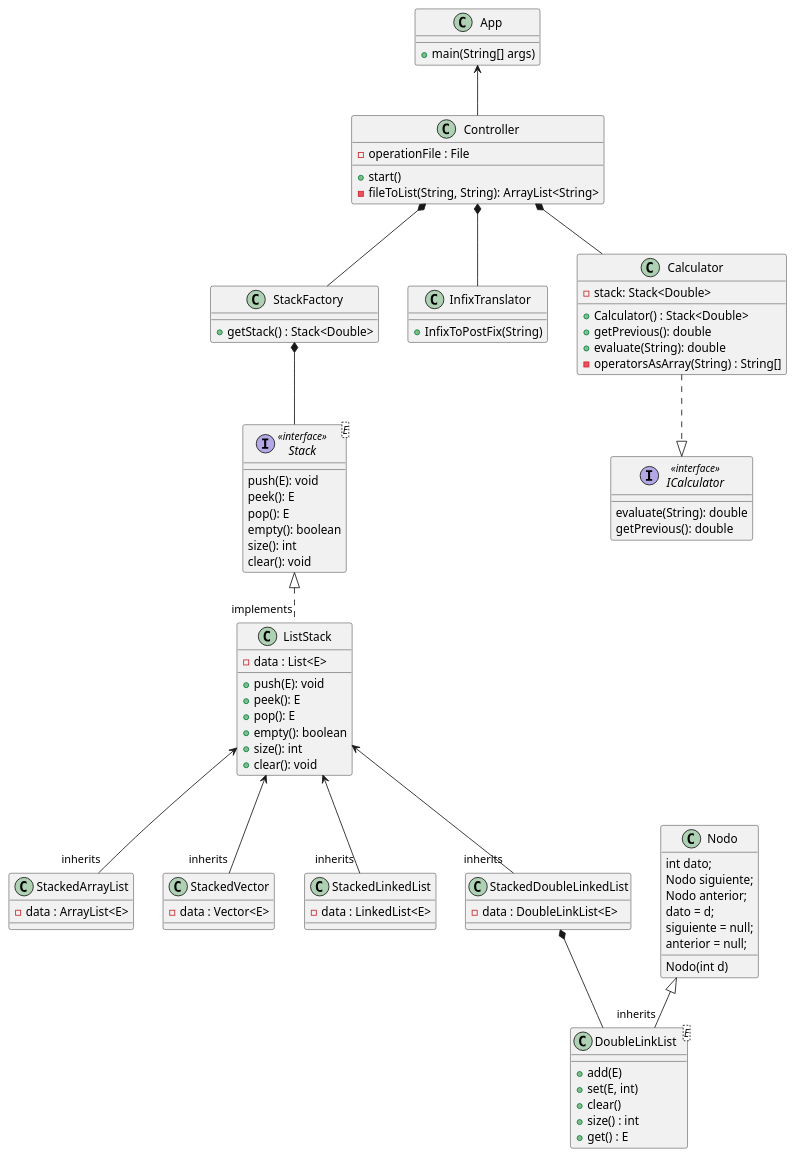
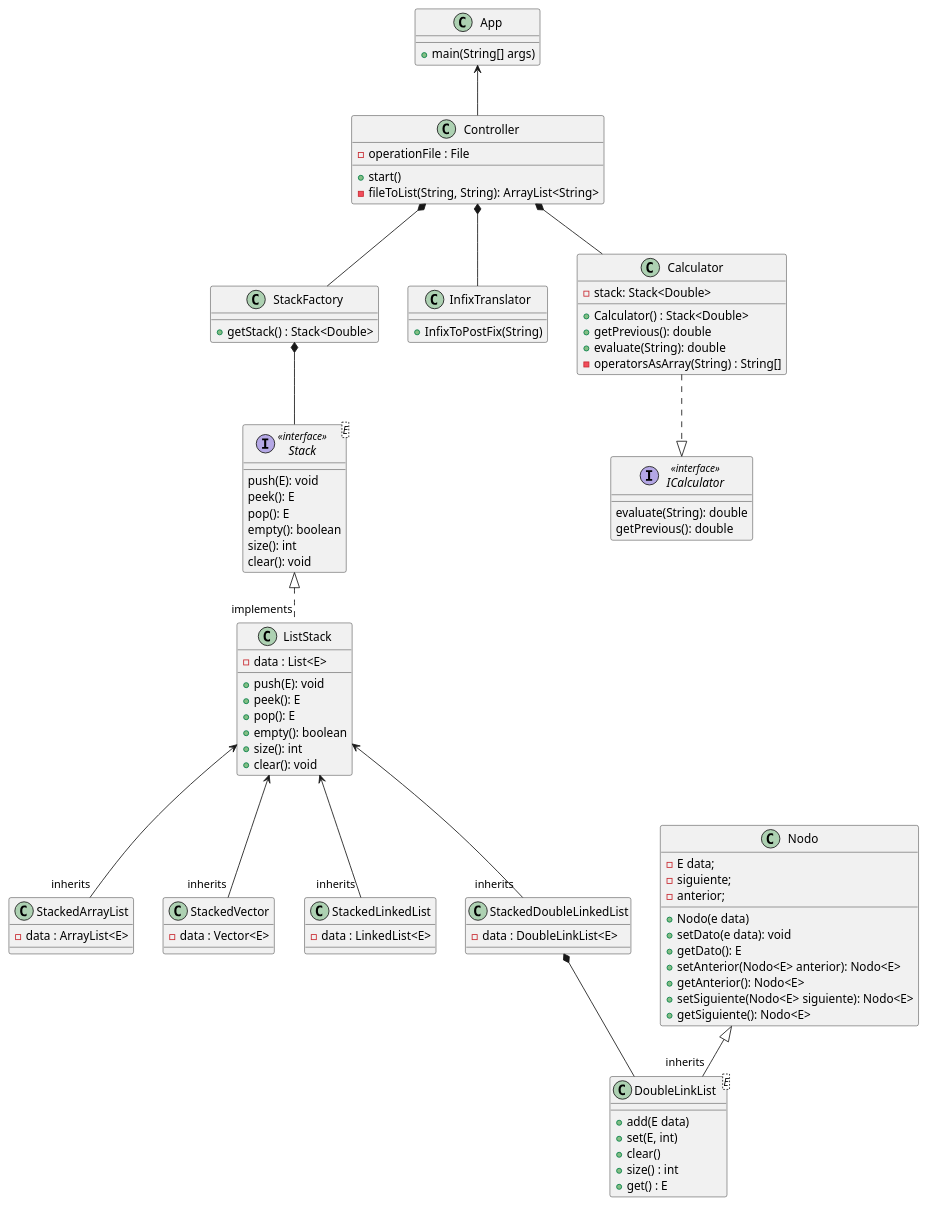
Before and after one commit to DanielRasho/HT4-InfixCalculator: the diagram in classesUML.puml, drawn with PlantUML. The commit also changed 2 other files, not shown here.

Commit message:
ac nodo uml

```diff
--- a/classesUML.puml
+++ b/classesUML.puml
@@ -1,118 +1,124 @@
 @startuml
 
 class App
 class Controller
 class StackFactory
 class InfixTranslator
 
 class Calculator
 interface ICalculator
 
 
 class StackedArrayList
 class StackedVector
 class StackedLinkedList
 class StackedDoubleLinkedList
 class StackedVector
 interface Stack<E> <<interface>>
 abstract class ListStack
 
 class DoubleLinkList
 
 
 App <-- Controller
 Controller *-- StackFactory
 Controller *-- Calculator
 Controller *-- InfixTranslator
 
 Calculator ..|> ICalculator
 
 Stack <|.. "implements" ListStack
 StackFactory *-- Stack
 ListStack <-- "inherits" StackedArrayList
 ListStack <-- "inherits" StackedVector
 ListStack <-- "inherits" StackedLinkedList
 ListStack <-- "inherits" StackedDoubleLinkedList
 
 StackedDoubleLinkedList *-- DoubleLinkList
 Nodo <|-- "inherits" DoubleLinkList
 class App {
     + main(String[] args)
 }
 
 class StackFactory {
     + getStack() : Stack<Double>
 }
 
 class InfixTranslator{
     + InfixToPostFix(String)
 }
 
 class Controller {
     - operationFile : File
     + start()
     - fileToList(String, String): ArrayList<String>
 }
 
 class Calculator{
     - stack: Stack<Double>
     + Calculator() : Stack<Double>
     + getPrevious(): double
     + evaluate(String): double
     - operatorsAsArray(String) : String[]
 }
 
 interface ICalculator <<interface>>{
     evaluate(String): double
     getPrevious(): double
 }
 
 interface Stack {
     push(E): void
     peek(): E
     pop(): E
     empty(): boolean
     size(): int
     clear(): void
 }
 
 class ListStack{
     - data : List<E>
     + push(E): void
     + peek(): E
     + pop(): E
     + empty(): boolean
     + size(): int
     + clear(): void
 }
 
 class StackedArrayList{
     - data : ArrayList<E>
 }
 class StackedVector{
     - data : Vector<E>
 }
 class StackedLinkedList{
     - data : LinkedList<E>
 }
 class StackedDoubleLinkedList{
     - data : DoubleLinkList<E>
 }
 class DoubleLinkList <E>{
-    + add(E)
+    + add(E data)
     + set(E, int)
     + clear()
     + size() : int
     + get() : E
 }
 class Nodo{
-    int dato;
-    Nodo siguiente;
-    Nodo anterior;
-    Nodo(int d)
-        dato = d;
-        siguiente = null;
-        anterior = null;
+    - E data;
+    - siguiente;
+    - anterior;
+    + Nodo(e data)
+    + setDato(e data): void
+    + getDato(): E
+    + setAnterior(Nodo<E> anterior): Nodo<E>
+    + getAnterior(): Nodo<E>
+    + setSiguiente(Nodo<E> siguiente): Nodo<E>
+    + getSiguiente(): Nodo<E>
+
+
+
 }
 
 @enduml
```
